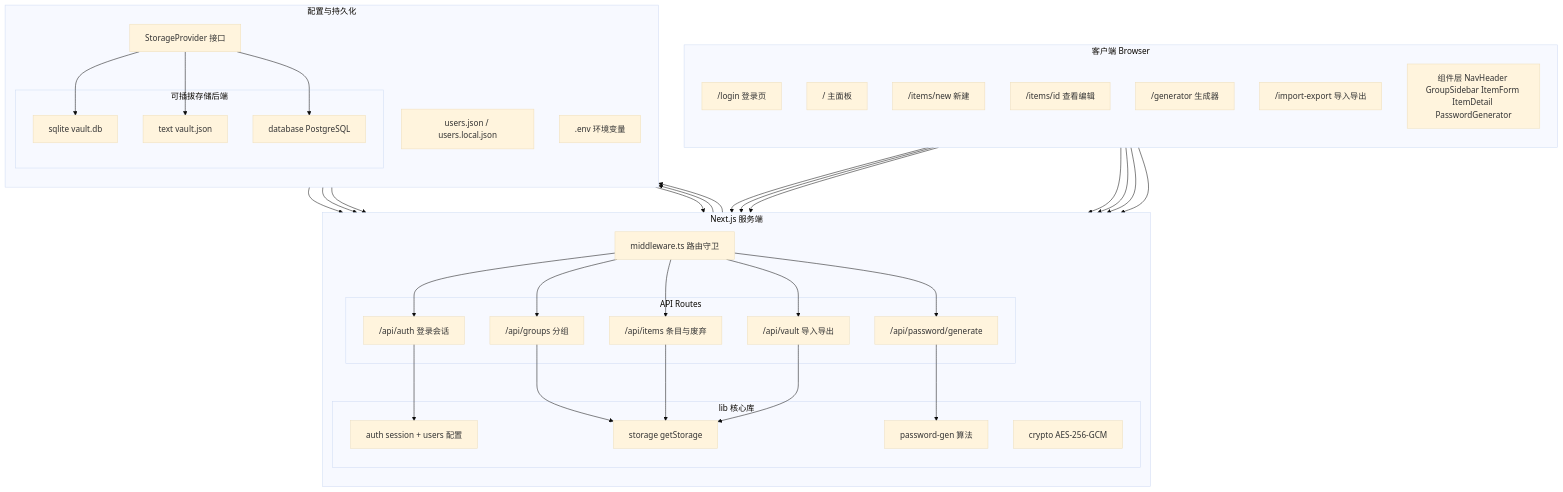
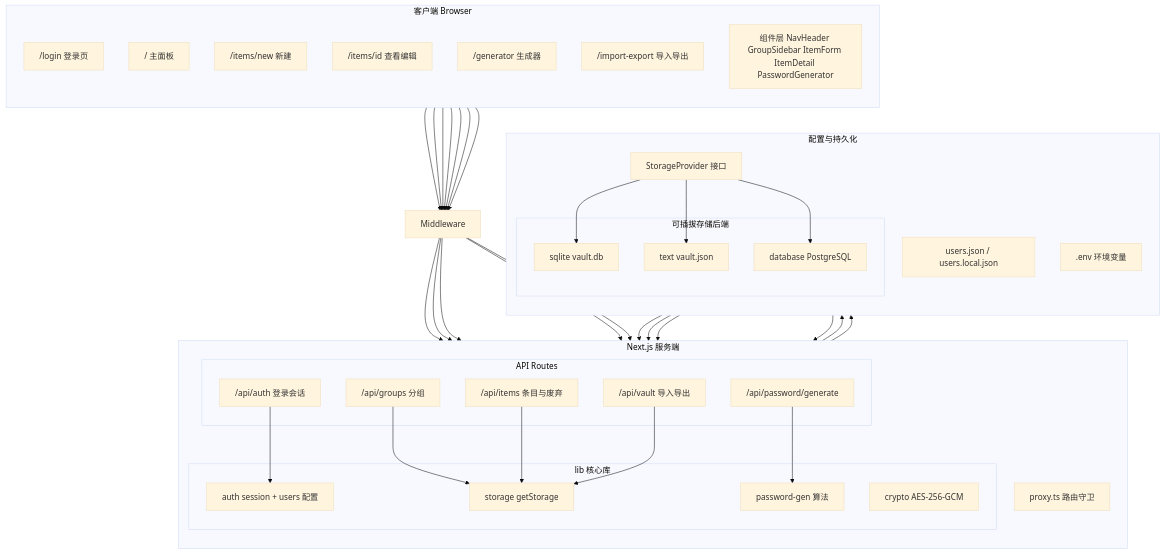
Before and after one commit to dinghongfei/LockPass: the second of 5 diagrams in WIKI.zh-CN.md, drawn with Mermaid (base theme). The commit also changed other lines of this file and 2 other files, not shown here.

Commit message:
Rename middleware to proxy for Next.js 16 file convention.

````diff
--- a/WIKI.zh-CN.md
+++ b/WIKI.zh-CN.md
@@ -173,77 +173,77 @@
 ```mermaid
 flowchart TB
     subgraph client [客户端 Browser]
         direction TB
         LoginPage["/login 登录页"]
         Dashboard["/ 主面板"]
         ItemNew["/items/new 新建"]
         ItemDetail["/items/id 查看编辑"]
         GeneratorPage["/generator 生成器"]
         ImportExportPage["/import-export 导入导出"]
         UIComponents["组件层 NavHeader GroupSidebar ItemForm ItemDetail PasswordGenerator"]
     end
 
     subgraph server [Next.js 服务端]
         direction TB
-        Middleware["middleware.ts 路由守卫"]
+        Proxy["proxy.ts 路由守卫"]
 
         subgraph apiLayer [API Routes]
             AuthAPI["/api/auth 登录会话"]
             GroupsAPI["/api/groups 分组"]
             ItemsAPI["/api/items 条目与废弃"]
             VaultAPI["/api/vault 导入导出"]
             PwdAPI["/api/password/generate"]
         end
 
         subgraph coreLib [lib 核心库]
             AuthLib["auth session + users 配置"]
             CryptoLib["crypto AES-256-GCM"]
             StorageFactory["storage getStorage"]
             PwdGenLib["password-gen 算法"]
         end
     end
 
     subgraph persistence [配置与持久化]
         direction TB
         UsersFile["users.json / users.local.json"]
         EnvConfig[".env 环境变量"]
         StorageProvider["StorageProvider 接口"]
 
         subgraph backends [可插拔存储后端]
             SqliteBackend["sqlite vault.db"]
             TextBackend["text vault.json"]
             PgBackend["database PostgreSQL"]
         end
     end
 
     LoginPage --> Middleware
     Dashboard --> Middleware
     ItemNew --> Middleware
     ItemDetail --> Middleware
     GeneratorPage --> Middleware
     ImportExportPage --> Middleware
     UIComponents --> Middleware
 
     Middleware --> AuthAPI
     Middleware --> GroupsAPI
     Middleware --> ItemsAPI
     Middleware --> VaultAPI
     Middleware --> PwdAPI
 
     AuthAPI --> AuthLib
     GroupsAPI --> StorageFactory
     ItemsAPI --> StorageFactory
     VaultAPI --> StorageFactory
     PwdAPI --> PwdGenLib
 
     AuthLib --> UsersFile
     StorageFactory --> StorageProvider
     StorageProvider --> CryptoLib
     StorageProvider --> SqliteBackend
     StorageProvider --> TextBackend
     StorageProvider --> PgBackend
 
     EnvConfig --> AuthLib
     EnvConfig --> CryptoLib
     EnvConfig --> StorageFactory
 ```
````
